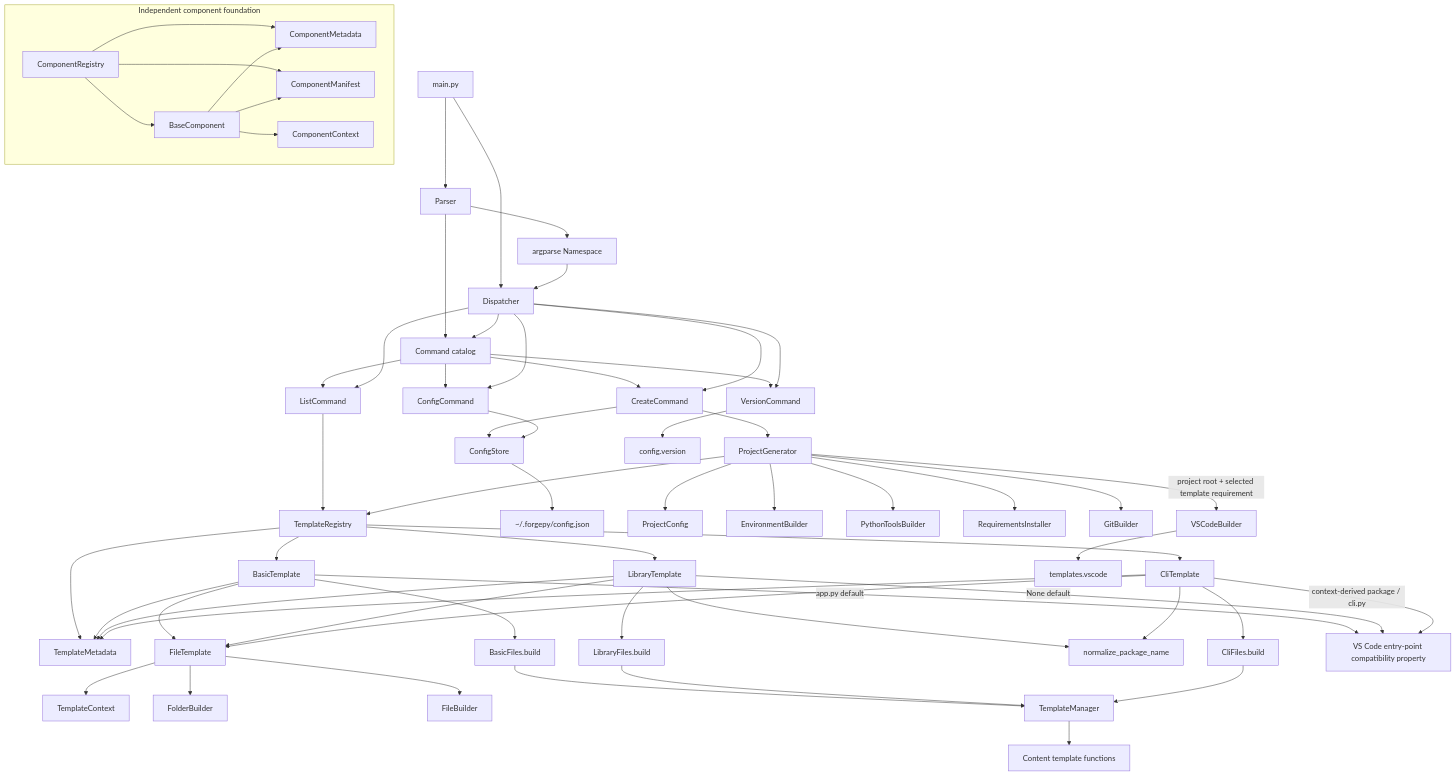
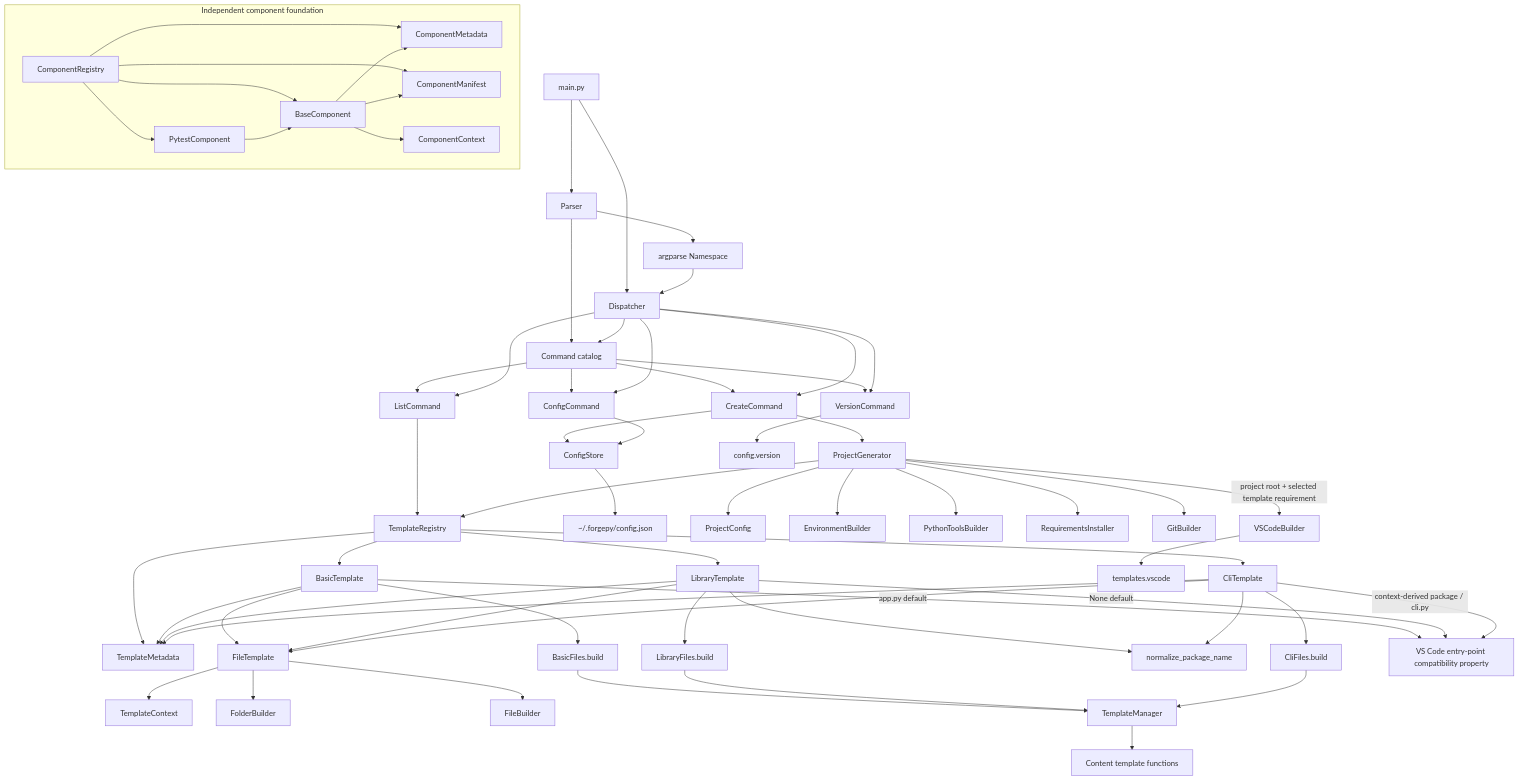
The second of 4 diagrams in ARCHITECTURE.md (rendyzou89/ForgePy), drawn with Mermaid before and after one commit. The commit also changed other lines of this file and 9 other files, not shown here.

Commit message:
feat(component): add built-in pytest component

````diff
--- a/ARCHITECTURE.md
+++ b/ARCHITECTURE.md
@@ -130,70 +133,72 @@
 ```mermaid
 flowchart TD
     Main[main.py] --> Parser[Parser]
     Main --> Dispatcher[Dispatcher]
     Parser --> Namespace[argparse Namespace]
     Namespace --> Dispatcher
 
     Parser --> Catalog[Command catalog]
     Dispatcher --> Catalog
     Catalog --> Create[CreateCommand]
     Catalog --> List[ListCommand]
     Catalog --> Version[VersionCommand]
     Catalog --> Config[ConfigCommand]
 
     Dispatcher --> Create
     Dispatcher --> List
     Dispatcher --> Version
     Dispatcher --> Config
 
     Create --> UserConfig
     Create --> Generator[ProjectGenerator]
     List --> Registry[TemplateRegistry]
     Registry --> TemplateMetadata[TemplateMetadata]
     Version --> VersionConfig[config.version]
     Config --> UserConfig[ConfigStore]
     UserConfig --> ConfigFile[~/.forgepy/config.json]
 
     subgraph ComponentFoundation[Independent component foundation]
         ComponentRegistry[ComponentRegistry] --> BaseComponent[BaseComponent]
+        ComponentRegistry --> PytestComponent[PytestComponent]
+        PytestComponent --> BaseComponent
         ComponentRegistry --> ComponentMetadata[ComponentMetadata]
         ComponentRegistry --> ComponentManifest[ComponentManifest]
         BaseComponent --> ComponentMetadata
         BaseComponent --> ComponentManifest
         BaseComponent --> ComponentContext[ComponentContext]
     end
 
     Generator --> ProjectConfig[ProjectConfig]
     Generator --> Registry
     Registry --> Basic[BasicTemplate]
     Registry --> Library[LibraryTemplate]
     Registry --> Cli[CliTemplate]
     Basic --> TemplateMetadata
     Library --> TemplateMetadata
     Cli --> TemplateMetadata
     Basic --> FileTemplate[FileTemplate]
     Library --> FileTemplate
     Cli --> FileTemplate
     FileTemplate --> Context[TemplateContext]
     FileTemplate --> FolderBuilder[FolderBuilder]
     FileTemplate --> FileBuilder[FileBuilder]
     Basic --> BasicFiles[BasicFiles.build]
     Library --> LibraryFiles[LibraryFiles.build]
     Library --> PackageName[normalize_package_name]
     Cli --> CliFiles[CliFiles.build]
     Cli --> PackageName
     BasicFiles --> TemplateManager[TemplateManager]
     LibraryFiles --> TemplateManager
     CliFiles --> TemplateManager
     TemplateManager --> Content[Content template functions]
     Basic -->|app.py default| VSCodeRequirement[VS Code entry-point compatibility property]
     Library -->|None default| VSCodeRequirement
     Cli -->|context-derived package / cli.py| VSCodeRequirement
 
     Generator --> Environment[EnvironmentBuilder]
     Generator --> PythonTools[PythonToolsBuilder]
     Generator --> Requirements[RequirementsInstaller]
     Generator --> Git[GitBuilder]
     Generator -->|project root + selected template requirement| VSCode[VSCodeBuilder]
     VSCode --> VSCodeTemplates[templates.vscode]
 ```
````
